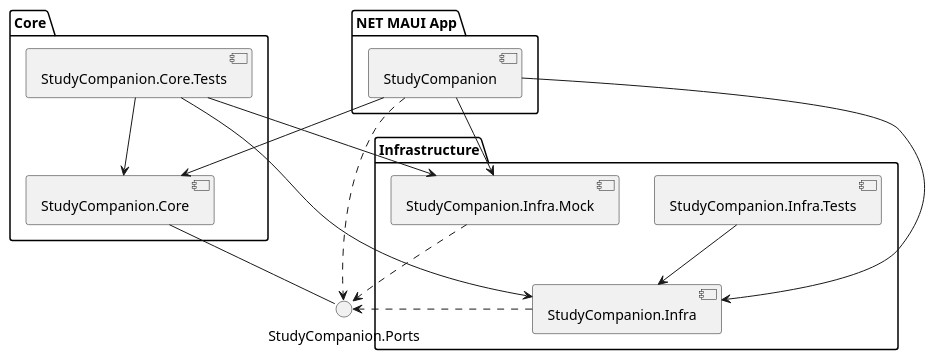
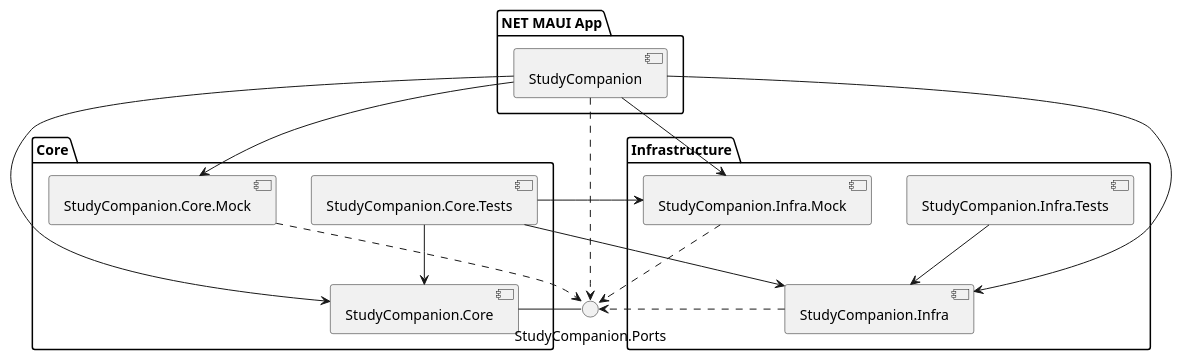
The diagram in studycompanioncomp.pu (RobinNunkesser/plantuml), drawn with PlantUML before and after one commit. The commit also changed 7 other files, not shown here.

```diff
--- a/studycompanioncomp.pu
+++ b/studycompanioncomp.pu
@@ -1,46 +1,51 @@
 @startuml
 
 package ".NET MAUI App" {
 component Driving1 [
 StudyCompanion
 ] 
 }
 
 () "StudyCompanion.Ports" as Driving
 
 
 package Core {
 component App [
 StudyCompanion.Core
 ]
 component Tests2 [
 StudyCompanion.Core.Tests
 ]
+component Mock1 [
+StudyCompanion.Core.Mock
+] 
 }
 
 package Infrastructure {
 component Driven1 [
 StudyCompanion.Infra
 ]
 
 component Tests1 [
 StudyCompanion.Infra.Tests
 ]
 
 component Driven2 [
 StudyCompanion.Infra.Mock
 ] 
 }
 
 Driving - App
 Driving1 ..> Driving 
 Driven1 ..> Driving
 Driven2 ..> Driving
+Mock1 ..> Driving
+Driving1 --> Mock1
 Driving1 --> App
 Driving1 --> Driven1
 Driving1 --> Driven2
 Tests1 --> Driven1
 Tests2 --> App
 Tests2 --> Driven1
 Tests2 --> Driven2
 @enduml
```
